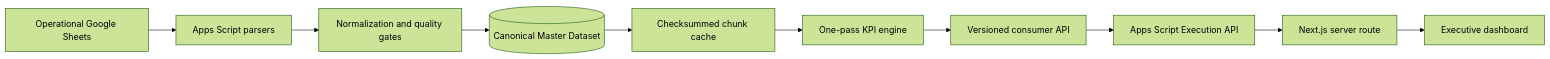
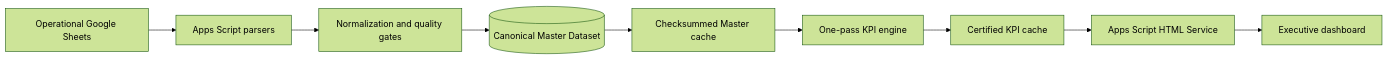
One commit to itsmebillah/Sales-Dashboard changed the diagram in README.md. Above: the diagram before and after it, drawn with Mermaid (forest theme). The commit also changed other lines of this file and 12 other files, not shown here.

Commit message:
feat: make HTML Service the production dashboard

````diff
--- a/README.md
+++ b/README.md
@@ -43,12 +43,11 @@
 ```mermaid
 flowchart LR
     Sources[Operational Google Sheets] --> Parsers[Apps Script parsers]
     Parsers --> Quality[Normalization and quality gates]
     Quality --> Master[(Canonical Master Dataset)]
-    Master --> Cache[Checksummed chunk cache]
-    Cache --> KPI[One-pass KPI engine]
-    KPI --> Contract[Versioned consumer API]
-    Contract --> Execution[Apps Script Execution API]
-    Execution --> Server[Next.js server route]
-    Server --> Dashboard[Executive dashboard]
+    Master --> MasterCache[Checksummed Master cache]
+    MasterCache --> KPI[One-pass KPI engine]
+    KPI --> KpiCache[Certified KPI cache]
+    KpiCache --> HTML[Apps Script HTML Service]
+    HTML --> Dashboard[Executive dashboard]
 ```
````
